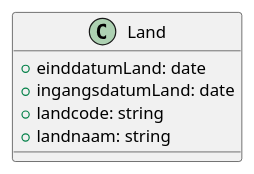
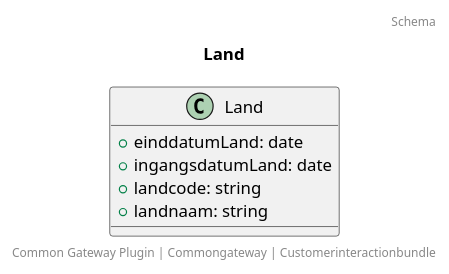
One commit to CommonGateway/CustomerInteractionBundle changed the diagram in docs/schema/klant.land.puml. Above: the diagram before and after it, drawn with PlantUML. The commit also changed 41 other files, not shown here.

```diff
--- a/docs/schema/klant.land.puml
+++ b/docs/schema/klant.land.puml
@@ -1,8 +1,12 @@
 @startuml
+title: Land
+footer: Common Gateway Plugin | Commongateway | Customerinteractionbundle 
+header: Schema
+
 class Land {
   + einddatumLand: date
   + ingangsdatumLand: date
   + landcode: string
   + landnaam: string
 }
 @enduml
```
